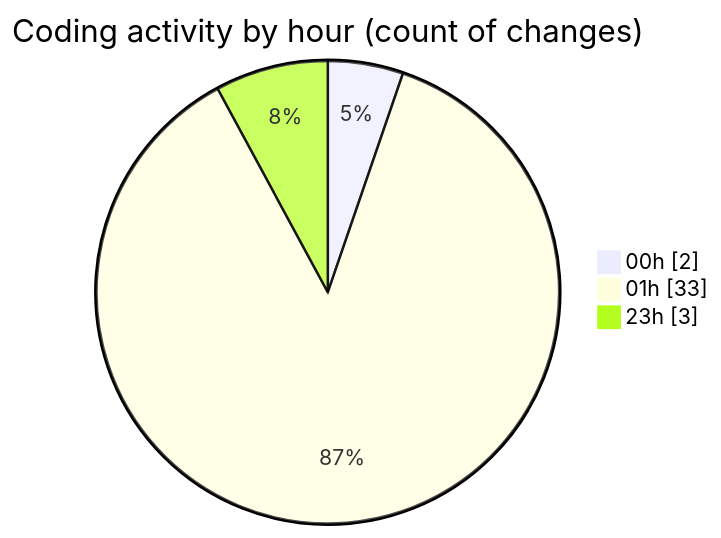
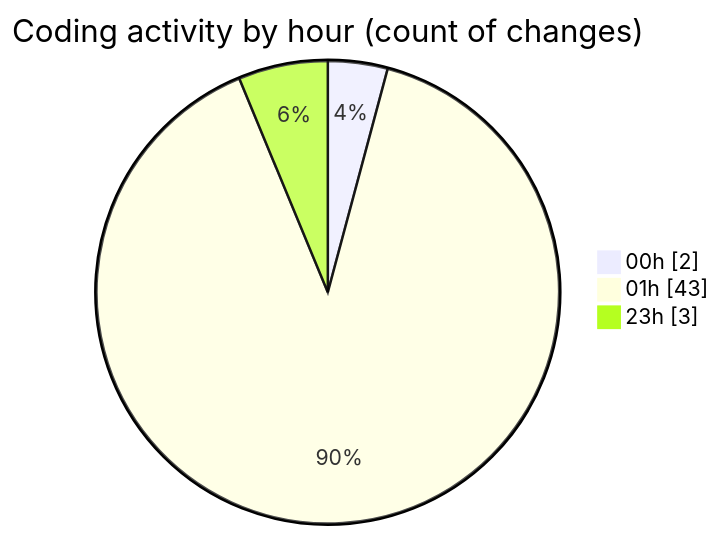
The second of 2 diagrams in 2025-07-16/nhahang/README.md (lephambinh05/code-tracking), drawn with Mermaid before and after one commit. The commit also changed other lines of this file and 1 other file, not shown here.

````diff
--- a/2025-07-16/nhahang/README.md
+++ b/2025-07-16/nhahang/README.md
@@ -44,7 +49,7 @@
 ```mermaid
 pie showData
 title Coding activity by hour (count of changes)
 "00h" : 2
-"01h" : 33
+"01h" : 43
 "23h" : 3
 ```
````
